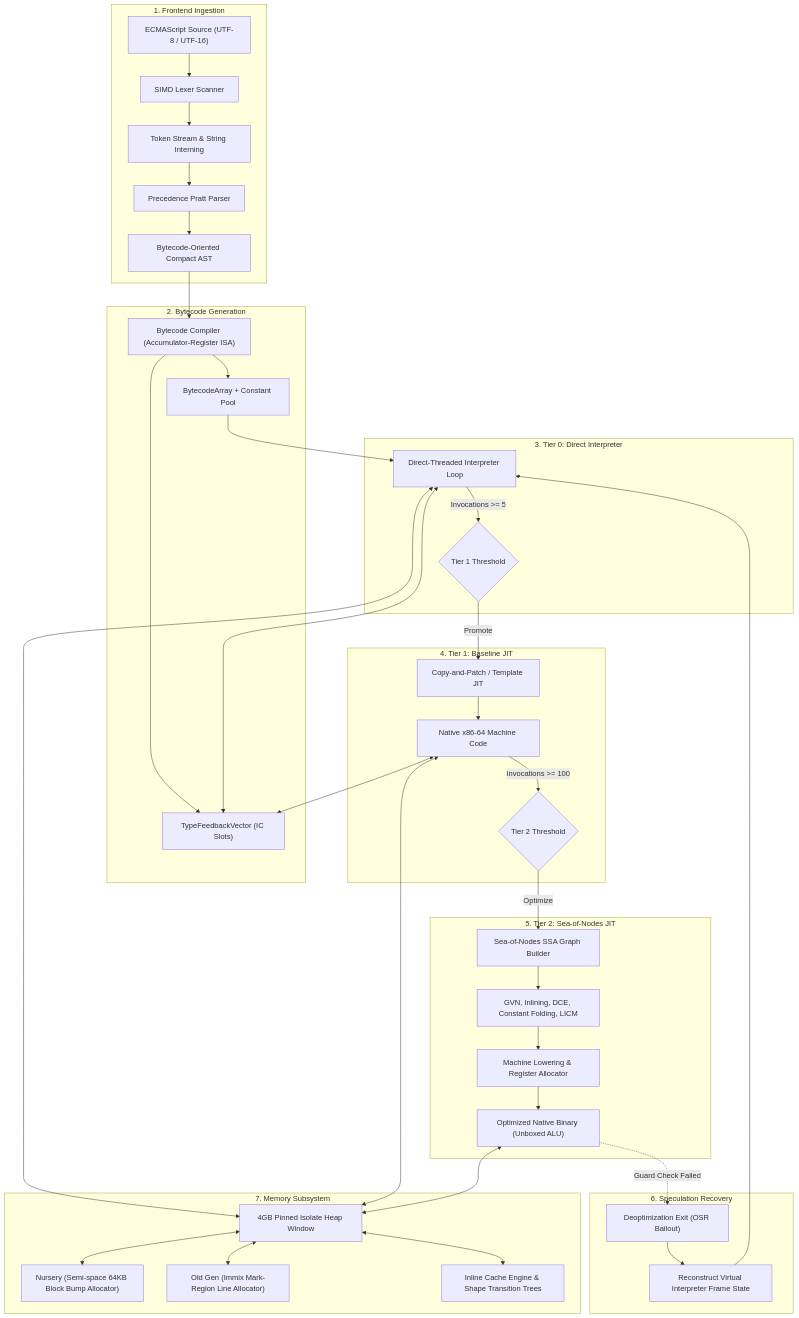
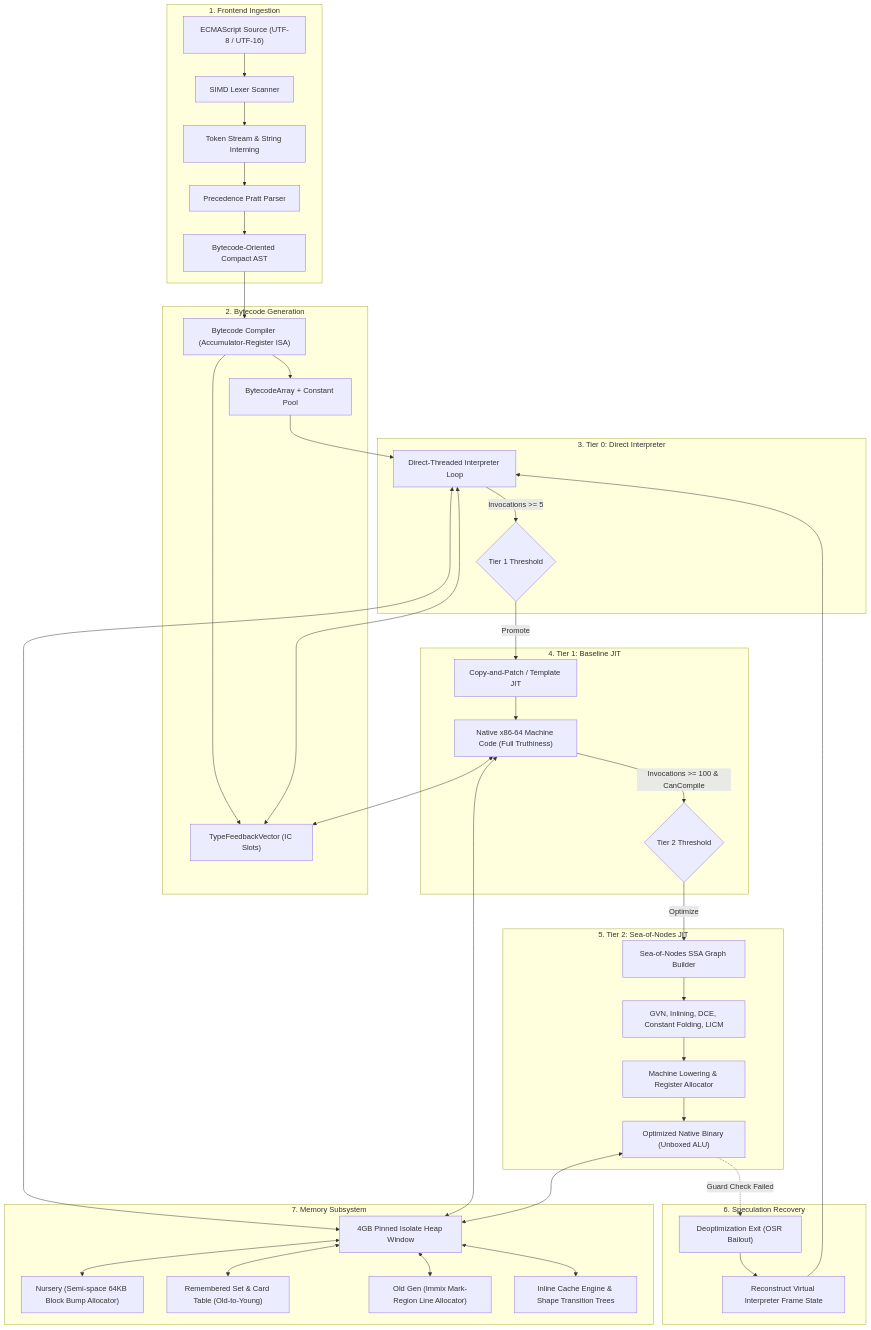
The first of 3 diagrams in README.md (ReasonableExcuses/aether), drawn with Mermaid before and after one commit. The commit also changed other lines of this file and 18 other files, not shown here.

Commit message:
Elevate vision to V8 supremacy, resolve GC remembered sets, JIT truthiness, Tier 2 promotion, and Test262 validation

````diff
--- a/README.md
+++ b/README.md
@@ -197,48 +223,49 @@
 ```mermaid
 flowchart TD
     subgraph Frontend["1. Frontend Ingestion"]
         SRC["ECMAScript Source (UTF-8 / UTF-16)"] --> LEX["SIMD Lexer Scanner"]
         LEX --> TOK["Token Stream & String Interning"]
         TOK --> PARSER["Precedence Pratt Parser"]
         PARSER --> AST["Bytecode-Oriented Compact AST"]
     end
 
     subgraph BytecodeGen["2. Bytecode Generation"]
         AST --> BC_GEN["Bytecode Compiler (Accumulator-Register ISA)"]
         BC_GEN --> BYTECODE["BytecodeArray + Constant Pool"]
         BC_GEN --> FEEDBACK["TypeFeedbackVector (IC Slots)"]
     end
 
     subgraph Tier0["3. Tier 0: Direct Interpreter"]
         BYTECODE --> INTERP["Direct-Threaded Interpreter Loop"]
         INTERP <--> FEEDBACK
         INTERP -->|Invocations >= 5| T1_TRIGGER{"Tier 1 Threshold"}
     end
 
     subgraph Tier1["4. Tier 1: Baseline JIT"]
         T1_TRIGGER -->|Promote| BASELINE["Copy-and-Patch / Template JIT"]
-        BASELINE --> BASELINE_CODE["Native x86-64 Machine Code"]
+        BASELINE --> BASELINE_CODE["Native x86-64 Machine Code (Full Truthiness)"]
         BASELINE_CODE <--> FEEDBACK
-        BASELINE_CODE -->|Invocations >= 100| T2_TRIGGER{"Tier 2 Threshold"}
+        BASELINE_CODE -->|Invocations >= 100 & CanCompile| T2_TRIGGER{"Tier 2 Threshold"}
     end
 
     subgraph Tier2["5. Tier 2: Sea-of-Nodes JIT"]
         T2_TRIGGER -->|Optimize| SON_BUILDER["Sea-of-Nodes SSA Graph Builder"]
         SON_BUILDER --> OPTS["GVN, Inlining, DCE, Constant Folding, LICM"]
         OPTS --> LOWER["Machine Lowering & Register Allocator"]
         LOWER --> NATIVE["Optimized Native Binary (Unboxed ALU)"]
     end
 
     subgraph Deopt["6. Speculation Recovery"]
         NATIVE -.->|Guard Check Failed| DEOPT["Deoptimization Exit (OSR Bailout)"]
         DEOPT --> RECONSTRUCT["Reconstruct Virtual Interpreter Frame State"]
         RECONSTRUCT --> INTERP
     end
 
     subgraph MemoryGC["7. Memory Subsystem"]
         INTERP & BASELINE_CODE & NATIVE <--> HEAP["4GB Pinned Isolate Heap Window"]
         HEAP <--> NURSERY["Nursery (Semi-space 64KB Block Bump Allocator)"]
+        HEAP <--> REMEMBERED["Remembered Set & Card Table (Old-to-Young)"]
         HEAP <--> OLDGEN["Old Gen (Immix Mark-Region Line Allocator)"]
         HEAP <--> IC_SYS["Inline Cache Engine & Shape Transition Trees"]
     end
 ```
````
